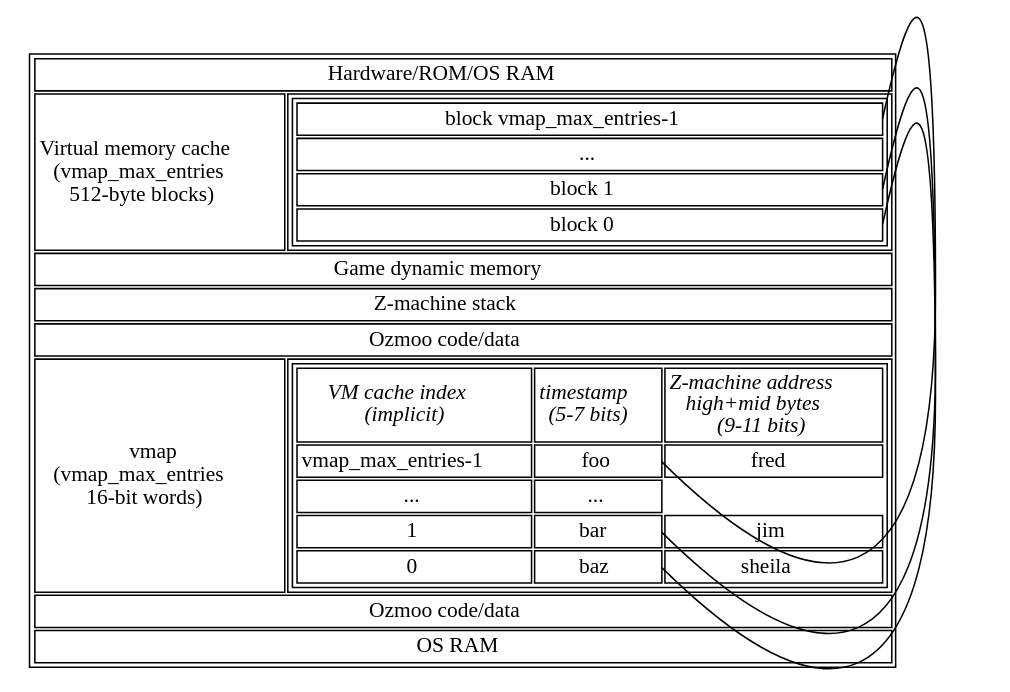
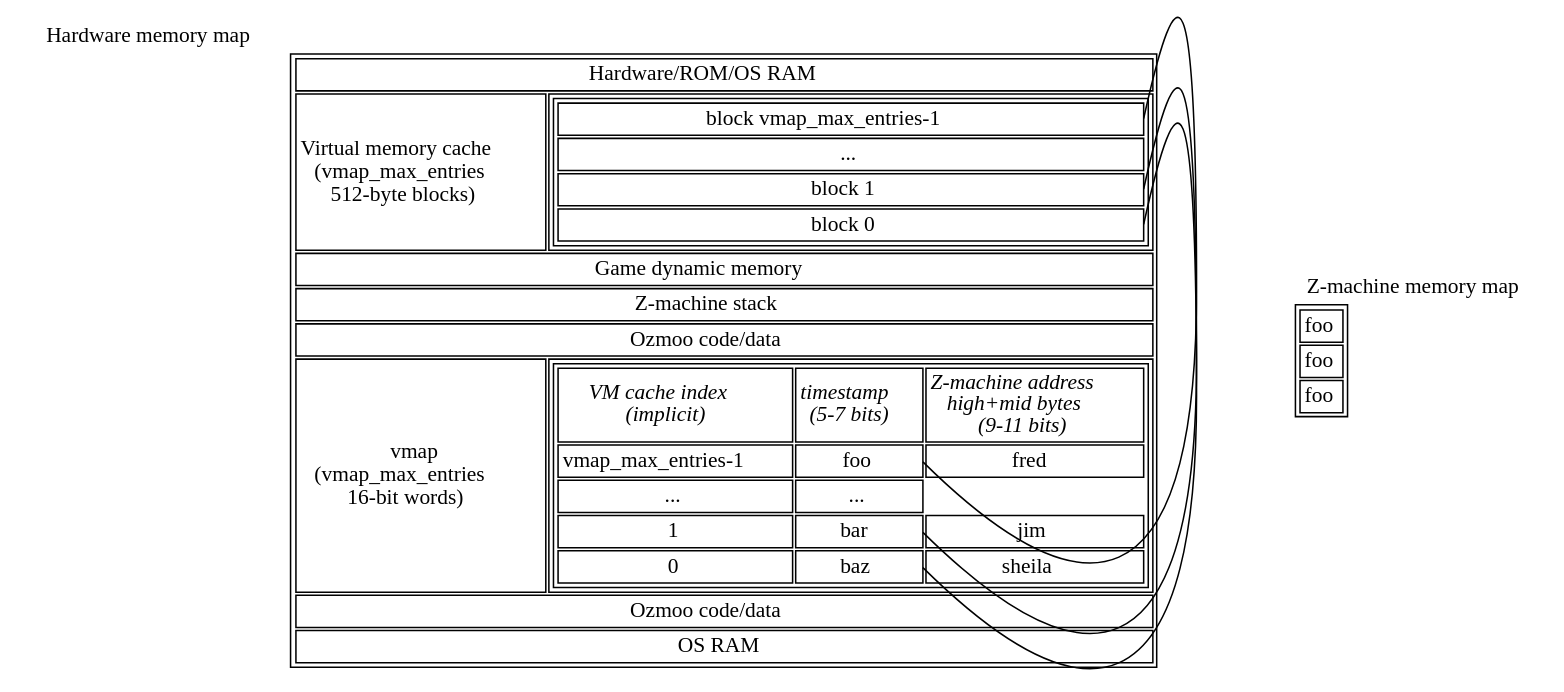
Before and after one commit to ZornsLemma/ozmoo: the diagram in documentation/techdocs/memory-map-1.dot, drawn with Graphviz.

Commit message:
Snapshot

```diff
--- a/documentation/techdocs/memory-map-1.dot
+++ b/documentation/techdocs/memory-map-1.dot
@@ -1,47 +1,57 @@
 graph memory {
-    graph [splines=line];
+    forcelabels=true;
     node [shape=plaintext];
 
-    top [label=<
+    # SFTODO: Rename "top" to "ram"?
+    top [xlabel="Hardware memory map", label=<
     <table>
         <tr><td colspan="2">Hardware/ROM/OS RAM</td></tr>
         <!-- SFTODO: could label start of this chunk of memory vmap_first_ram_page -->
         <tr><td>Virtual memory cache<br/>(vmap_max_entries<br/>512-byte blocks)</td>
             <td>
                 <table port="vmem">
                     <tr><td port="lastblock">block vmap_max_entries-1</td></tr>
                     <tr><td>...</td></tr>
                     <tr><td port="block1">block 1</td></tr>
                     <tr><td port="block0">block 0</td></tr>
                 </table>
             </td>
         </tr>
         <tr><td colspan="2">Game dynamic memory</td></tr>
         <tr><td colspan="2">Z-machine stack</td></tr>
         <tr><td colspan="2">Ozmoo code/data</td></tr>
         <tr><td>vmap<br/>(vmap_max_entries<br/>16-bit words)</td>
             <td>
                 <table>
                     <tr>
                         <td><i>VM cache index<br/>(implicit)</i></td>
                         <td><i>timestamp<br/>(5-7 bits)</i></td>
                         <td><i>Z-machine address<br/>high+mid bytes<br/>(9-11 bits)</i></td>
                     </tr>
                     <tr><td>vmap_max_entries-1</td><td port="xlastblock">foo</td><td>fred</td></tr>
                     <tr><td>...</td><td>...</td></tr>
                     <tr><td>1</td><td port="xblock1">bar</td><td>jim</td></tr>
                     <tr><td>0</td><td port="xblock0">baz</td><td>sheila</td></tr>
                 </table>
             </td>
         </tr>
         <tr><td colspan="2">Ozmoo code/data</td></tr>
         <tr><td colspan="2">OS RAM</td></tr>
     </table>>];
 
+    zmachine [xlabel="Z-machine memory map", label=<
+    <table>
+        <tr><td>foo</td></tr>
+        <tr><td>foo</td></tr>
+        <tr><td>foo</td></tr>
+    </table>>];
+
+    {rank = same; top zmachine};
+
     # Get rid of these lines, since they don't route well?
     top:lastblock:e -- top:xlastblock:e;
     top:block1:e -- top:xblock1:e;
     top:block0:e -- top:xblock0:e;
 }
 
 # vi: sw=4 sts=4
```
